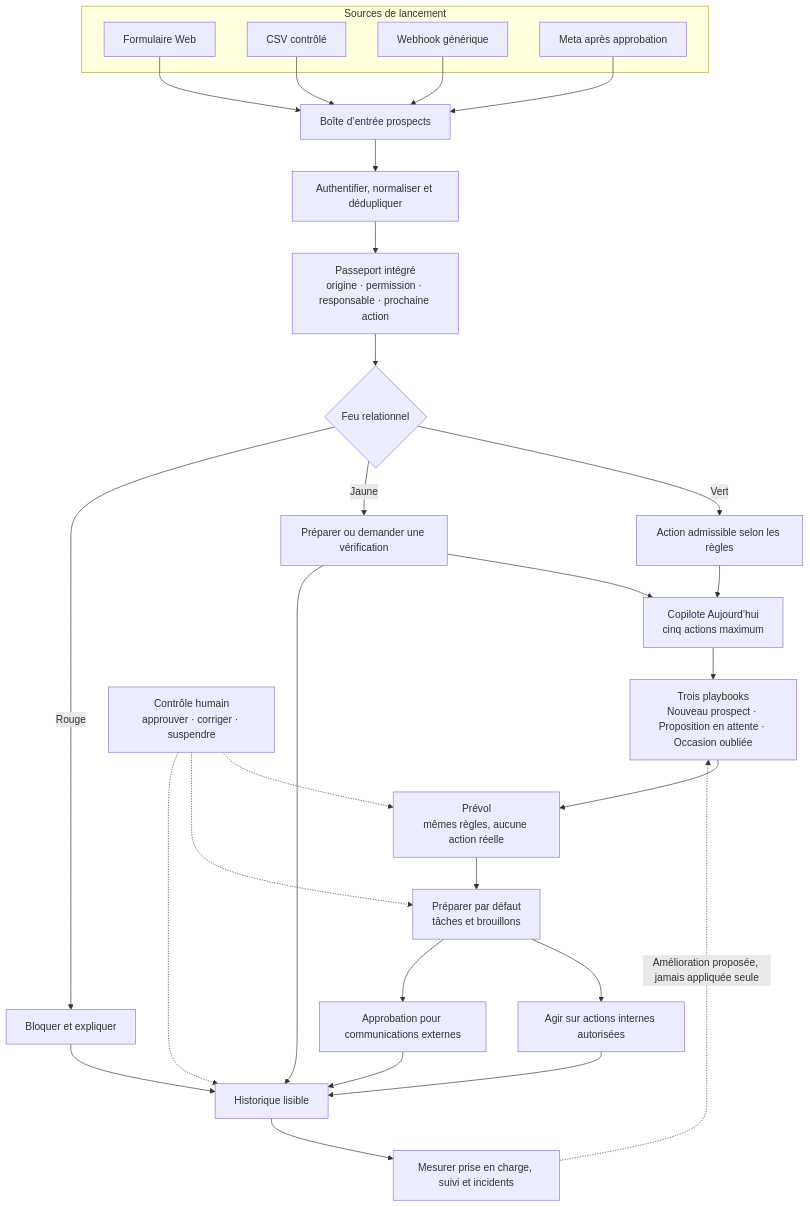
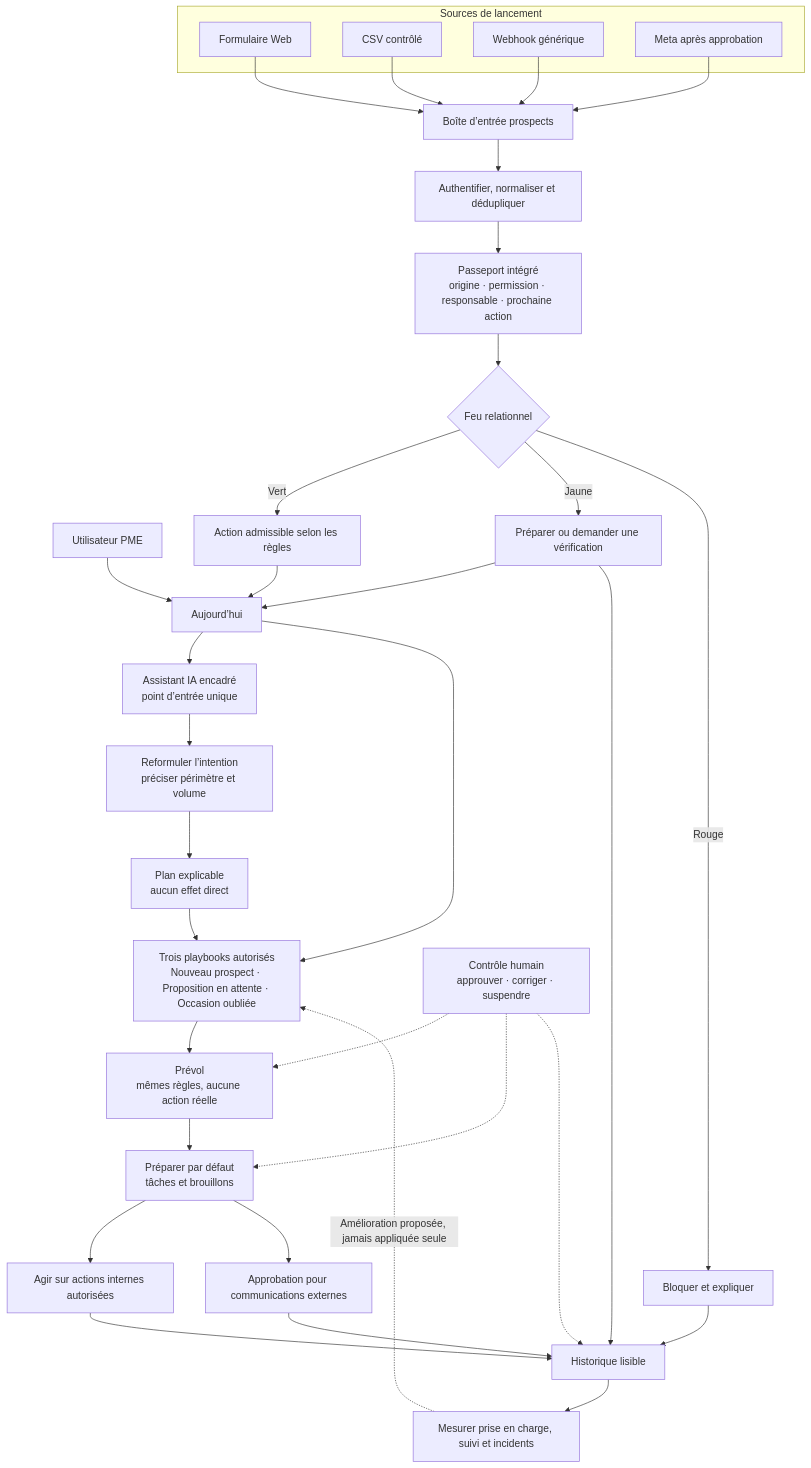
The diagram in docs/automatisation/VOLET_AUTOMATISATION_MARKETTEO.md (landrypro/LeadGenerator), drawn with Mermaid before and after one commit. The commit also changed other lines of this file and 3 other files, not shown here.

````diff
--- a/docs/automatisation/VOLET_AUTOMATISATION_MARKETTEO.md
+++ b/docs/automatisation/VOLET_AUTOMATISATION_MARKETTEO.md
@@ -404,43 +456,49 @@
 ```mermaid
 flowchart TB
+    USER["Utilisateur PME"] --> TODAY["Aujourd’hui"]
+    TODAY --> AI["Assistant IA encadré<br/>point d’entrée unique"]
+    AI --> INTENT["Reformuler l’intention<br/>préciser périmètre et volume"]
+    INTENT --> PLAN["Plan explicable<br/>aucun effet direct"]
+
     subgraph SOURCES["Sources de lancement"]
         WEB["Formulaire Web"]
         CSV["CSV contrôlé"]
         HOOK["Webhook générique"]
         META["Meta après approbation"]
     end
 
     WEB --> INBOX["Boîte d’entrée prospects"]
     CSV --> INBOX
     HOOK --> INBOX
     META --> INBOX
     INBOX --> VERIFY["Authentifier, normaliser et dédupliquer"]
     VERIFY --> PASSPORT["Passeport intégré<br/>origine · permission · responsable · prochaine action"]
 
     PASSPORT --> LIGHT{"Feu relationnel"}
     LIGHT -->|Vert| READY["Action admissible selon les règles"]
     LIGHT -->|Jaune| REVIEW["Préparer ou demander une vérification"]
     LIGHT -->|Rouge| BLOCK["Bloquer et expliquer"]
 
-    READY --> TODAY["Copilote Aujourd’hui<br/>cinq actions maximum"]
+    READY --> TODAY
     REVIEW --> TODAY
     BLOCK --> HISTORY["Historique lisible"]
 
-    TODAY --> PLAYBOOKS["Trois playbooks<br/>Nouveau prospect · Proposition en attente · Occasion oubliée"]
+    PLAN --> PLAYBOOKS["Trois playbooks autorisés<br/>Nouveau prospect · Proposition en attente · Occasion oubliée"]
+    TODAY --> PLAYBOOKS
     PLAYBOOKS --> PREFLIGHT["Prévol<br/>mêmes règles, aucune action réelle"]
 
     PREFLIGHT --> PREPARE["Préparer par défaut<br/>tâches et brouillons"]
     PREPARE --> INTERNAL["Agir sur actions internes autorisées"]
     PREPARE --> APPROVAL["Approbation pour communications externes"]
 
     INTERNAL --> HISTORY
     APPROVAL --> HISTORY
     REVIEW --> HISTORY
     HISTORY --> RESULTS["Mesurer prise en charge, suivi et incidents"]
     RESULTS -. "Amélioration proposée, jamais appliquée seule" .-> PLAYBOOKS
 
     HUMAN["Contrôle humain<br/>approuver · corriger · suspendre"]
     HUMAN -.-> PREFLIGHT
     HUMAN -.-> PREPARE
     HUMAN -.-> HISTORY
 ```
````
